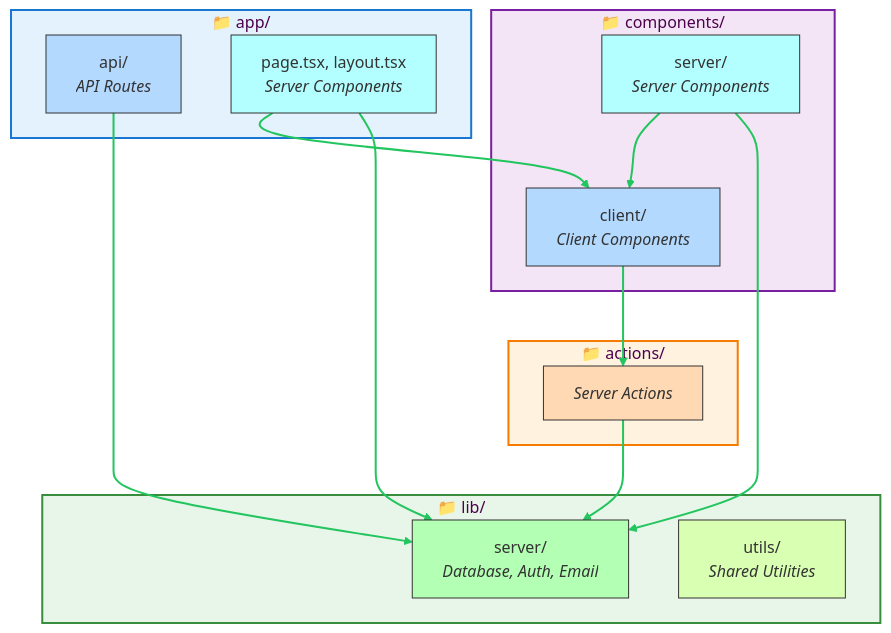
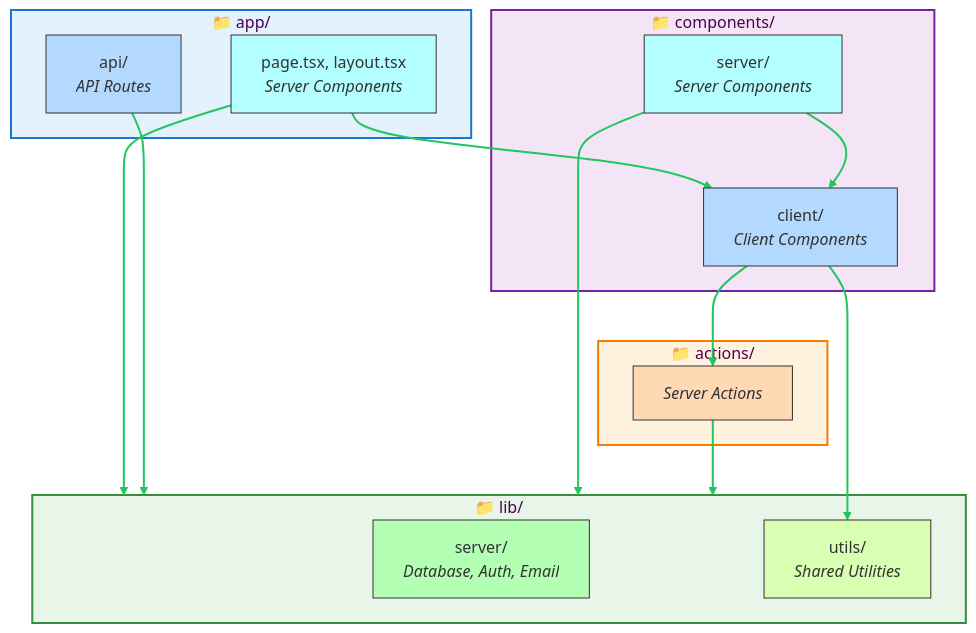
Before and after one commit to stricture-dev/stricture: the diagram in examples/simple-nextjs/README.md, drawn with Mermaid. The commit also changed 1 other file, not shown here.

Commit message:
fix: improve lib folder arrows to show accurate import permissions
Change arrows to correctly represent what can be imported:
- Server-side code (AppPages, AppAPI, CompServer, Actions) now points to
  'lib/' parent folder, indicating they can import from both lib/server/
  and lib/utils/
- Client Components point specifically to LibUtils, showing they can ONLY
  import from lib/utils/, NOT lib/server/

Also adds missing arrow from CompClient to LibUtils.

This is more accurate and cleaner than pointing to specific subfolders.

````diff
--- a/examples/simple-nextjs/README.md
+++ b/examples/simple-nextjs/README.md
@@ -21,45 +21,46 @@
 ```mermaid
 %%{init: {'theme':'base', 'themeVariables': { 'primaryColor':'hsl(210, 100%, 85%)','primaryBorderColor':'hsl(210, 100%, 70%)','secondaryColor':'hsl(180, 100%, 85%)','secondaryBorderColor':'hsl(180, 100%, 70%)','tertiaryColor':'hsl(120, 100%, 85%)','tertiaryBorderColor':'hsl(120, 100%, 70%)'}}}%%
 graph TB
     subgraph app["📁 app/"]
         AppAPI["api/<br/><i>API Routes</i>"]
         AppPages["page.tsx, layout.tsx<br/><i>Server Components</i>"]
     end
 
     subgraph components["📁 components/"]
         CompServer["server/<br/><i>Server Components</i>"]
         CompClient["client/<br/><i>Client Components</i>"]
     end
 
     subgraph actions["📁 actions/"]
         Actions["<i>Server Actions</i>"]
     end
 
     subgraph lib["📁 lib/"]
         LibServer["server/<br/><i>Database, Auth, Email</i>"]
         LibUtils["utils/<br/><i>Shared Utilities</i>"]
     end
 
     AppPages --> CompClient
-    AppPages --> LibServer
-    AppAPI --> LibServer
+    AppPages --> lib
+    AppAPI --> lib
     CompServer --> CompClient
-    CompServer --> LibServer
+    CompServer --> lib
     CompClient --> Actions
-    Actions --> LibServer
+    CompClient --> LibUtils
+    Actions --> lib
 
     style app fill:#e3f2fd,stroke:#1976d2,stroke-width:2px
     style components fill:#f3e5f5,stroke:#7b1fa2,stroke-width:2px
     style actions fill:#fff3e0,stroke:#f57c00,stroke-width:2px
     style lib fill:#e8f5e9,stroke:#388e3c,stroke-width:2px
 
     style AppAPI fill:#b3d9ff,stroke:#333,stroke-width:1px
     style AppPages fill:#b3ffff,stroke:#333,stroke-width:1px
     style CompServer fill:#b3ffff,stroke:#333,stroke-width:1px
     style CompClient fill:#b3d9ff,stroke:#333,stroke-width:1px
     style Actions fill:#ffd9b3,stroke:#333,stroke-width:1px
     style LibServer fill:#b3ffb3,stroke:#333,stroke-width:1px
     style LibUtils fill:#d9ffb3,stroke:#333,stroke-width:1px
 
-    linkStyle 0,1,2,3,4,5,6 stroke:#22c55e,stroke-width:2px
+    linkStyle 0,1,2,3,4,5,6,7 stroke:#22c55e,stroke-width:2px
 ```
````
